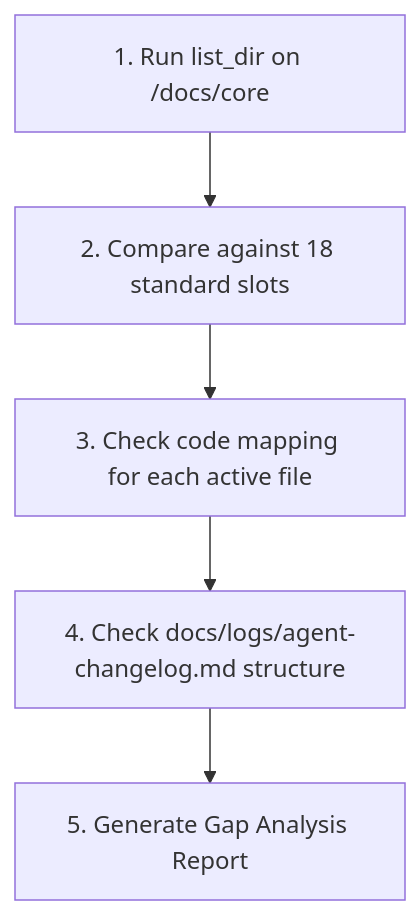
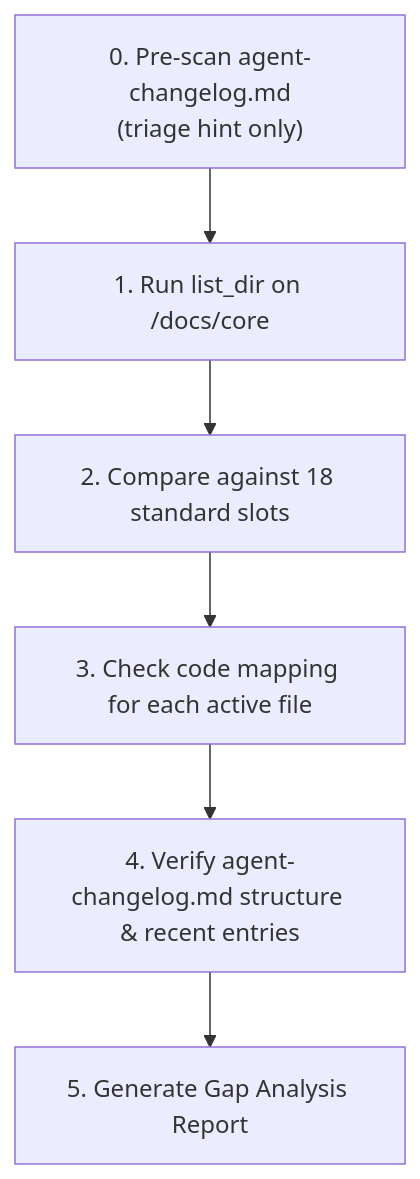
Before and after one commit to CMC-27/Vibe-App-Wiki: the diagram in Skills/documentation-architecture-assessment/SKILL.md, drawn with Mermaid. The commit also changed other lines of this file and 38 other files, not shown here.

Commit message:
feat: initialize project documentation architecture by adding modular skills and structural reference guides.

````diff
--- a/Skills/documentation-architecture-assessment/SKILL.md
+++ b/Skills/documentation-architecture-assessment/SKILL.md
@@ -83,7 +85,8 @@
 ```mermaid
 flowchart TD
+    Changelog["0. Pre-scan agent-changelog.md\n(triage hint only)"] --> Start
     Start["1. Run list_dir on /docs/core"] --> Gap["2. Compare against 18 standard slots"]
     Gap --> Match["3. Check code mapping for each active file"]
-    Match --> AuditLog["4. Check docs/logs/agent-changelog.md structure"]
+    Match --> AuditLog["4. Verify agent-changelog.md structure & recent entries"]
     AuditLog --> Report["5. Generate Gap Analysis Report"]
 ```
````
